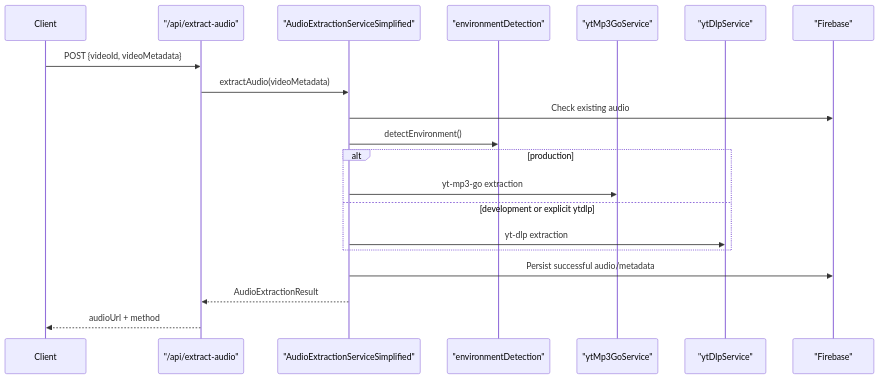
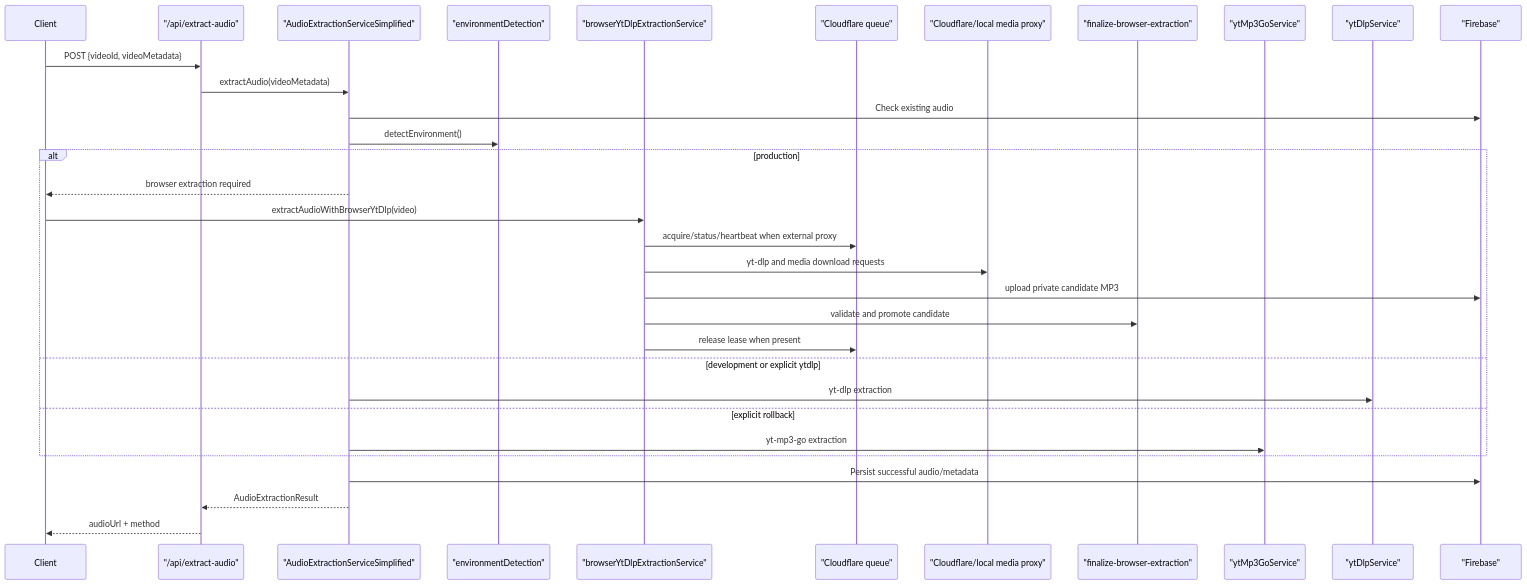
One commit to ptnghia-j/ChordMiniApp changed the second of 3 diagrams in .qoder/repowiki/en/content/Architecture and Design/Backend Architecture/Blueprint Organization/YouTube Blueprint.md. Above: the diagram before and after it, drawn with Mermaid. The commit also changed other lines of this file and 32 other files, not shown here.

````diff
--- a/.qoder/repowiki/en/content/Architecture and Design/Backend Architecture/Blueprint Organization/YouTube Blueprint.md
+++ b/.qoder/repowiki/en/content/Architecture and Design/Backend Architecture/Blueprint Organization/YouTube Blueprint.md
@@ -64,22 +73,34 @@
 ```mermaid
 sequenceDiagram
 participant Client
 participant Extract as "/api/extract-audio"
 participant Audio as "AudioExtractionServiceSimplified"
 participant Env as "environmentDetection"
+participant Browser as "browserYtDlpExtractionService"
+participant Queue as "Cloudflare queue"
+participant Proxy as "Cloudflare/local media proxy"
+participant Finalizer as "finalize-browser-extraction"
 participant MP3 as "ytMp3GoService"
 participant DLP as "ytDlpService"
 participant Store as "Firebase"
 Client->>Extract : POST {videoId, videoMetadata}
 Extract->>Audio : extractAudio(videoMetadata)
 Audio->>Store : Check existing audio
 Audio->>Env : detectEnvironment()
 alt production
-Audio->>MP3 : yt-mp3-go extraction
+Audio-->>Client : browser extraction required
+Client->>Browser : extractAudioWithBrowserYtDlp(video)
+Browser->>Queue : acquire/status/heartbeat when external proxy
+Browser->>Proxy : yt-dlp and media download requests
+Browser->>Store : upload private candidate MP3
+Browser->>Finalizer : validate and promote candidate
+Browser->>Queue : release lease when present
 else development or explicit ytdlp
 Audio->>DLP : yt-dlp extraction
+else explicit rollback
+Audio->>MP3 : yt-mp3-go extraction
 end
 Audio->>Store : Persist successful audio/metadata
 Audio-->>Extract : AudioExtractionResult
 Extract-->>Client : audioUrl + method
 ```
````
